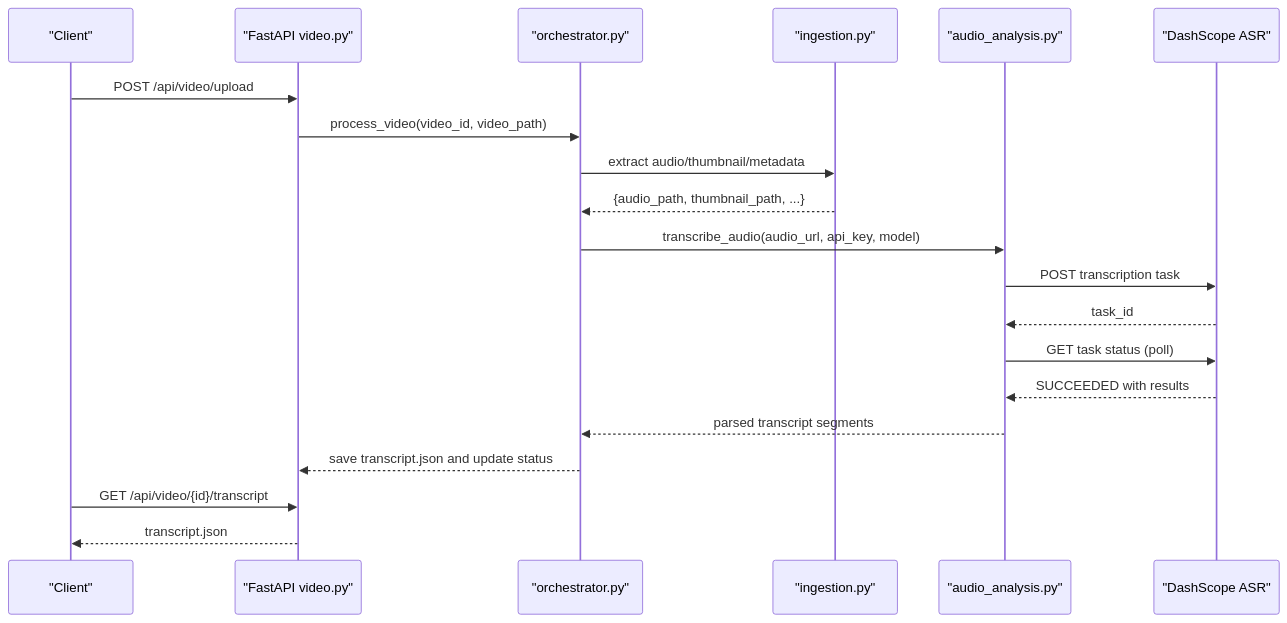
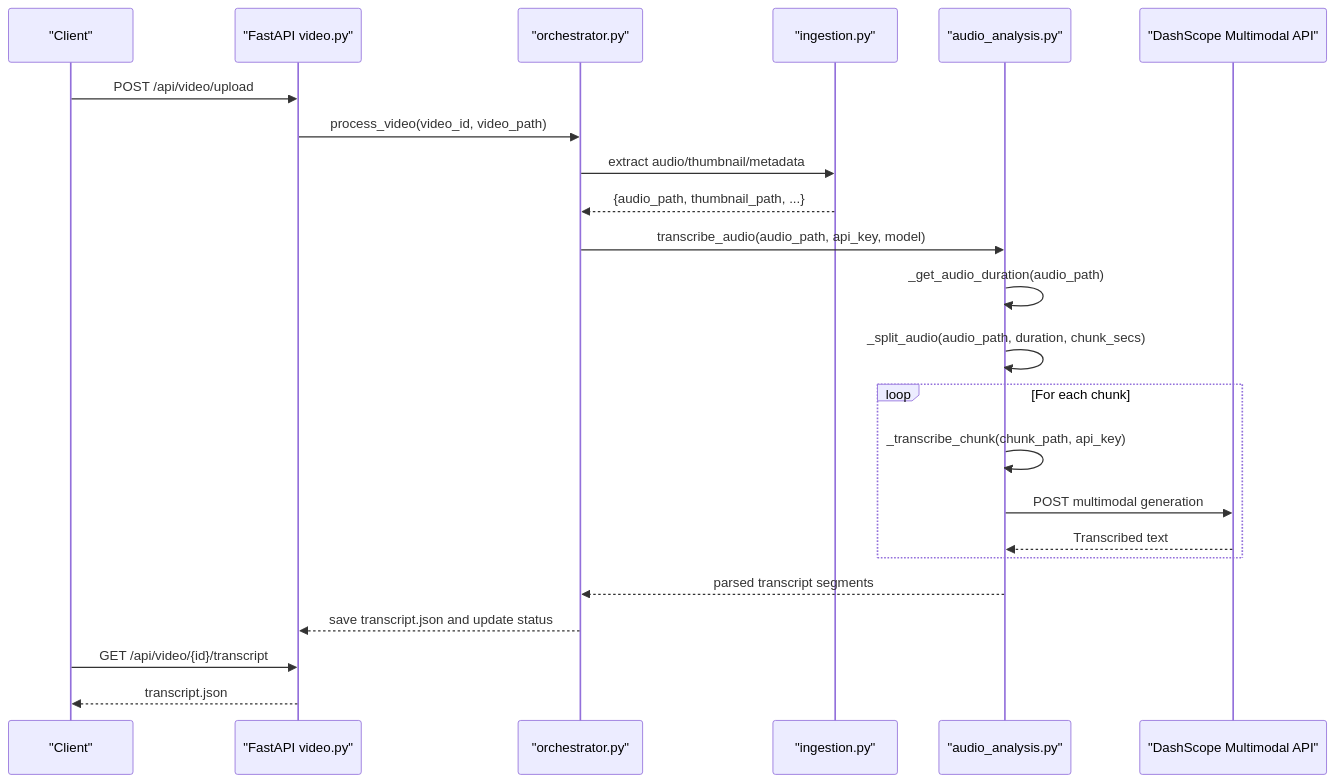
Before and after one commit to alexandreybasta-cyber/dubai-media-ai: the second of 5 diagrams in .qoder/repowiki/en/content/Media Processing Pipeline/Audio Analysis Stage.md, drawn with Mermaid. The commit also changed other lines of this file and 48 other files, not shown here.

````diff
--- a/.qoder/repowiki/en/content/Media Processing Pipeline/Audio Analysis Stage.md
+++ b/.qoder/repowiki/en/content/Media Processing Pipeline/Audio Analysis Stage.md
@@ -108,22 +118,25 @@
 ```mermaid
 sequenceDiagram
 participant Client as "Client"
 participant API as "FastAPI video.py"
 participant Orchestrator as "orchestrator.py"
 participant Ingest as "ingestion.py"
 participant ASR as "audio_analysis.py"
-participant DashScope as "DashScope ASR"
+participant DashScope as "DashScope Multimodal API"
 Client->>API : POST /api/video/upload
 API->>Orchestrator : process_video(video_id, video_path)
 Orchestrator->>Ingest : extract audio/thumbnail/metadata
 Ingest-->>Orchestrator : {audio_path, thumbnail_path, ...}
-Orchestrator->>ASR : transcribe_audio(audio_url, api_key, model)
-ASR->>DashScope : POST transcription task
-DashScope-->>ASR : task_id
-ASR->>DashScope : GET task status (poll)
-DashScope-->>ASR : SUCCEEDED with results
+Orchestrator->>ASR : transcribe_audio(audio_path, api_key, model)
+ASR->>ASR : _get_audio_duration(audio_path)
+ASR->>ASR : _split_audio(audio_path, duration, chunk_secs)
+loop For each chunk
+ASR->>ASR : _transcribe_chunk(chunk_path, api_key)
+ASR->>DashScope : POST multimodal generation
+DashScope-->>ASR : Transcribed text
+end
 ASR-->>Orchestrator : parsed transcript segments
 Orchestrator-->>API : save transcript.json and update status
 Client->>API : GET /api/video/{id}/transcript
 API-->>Client : transcript.json
 ```
````
